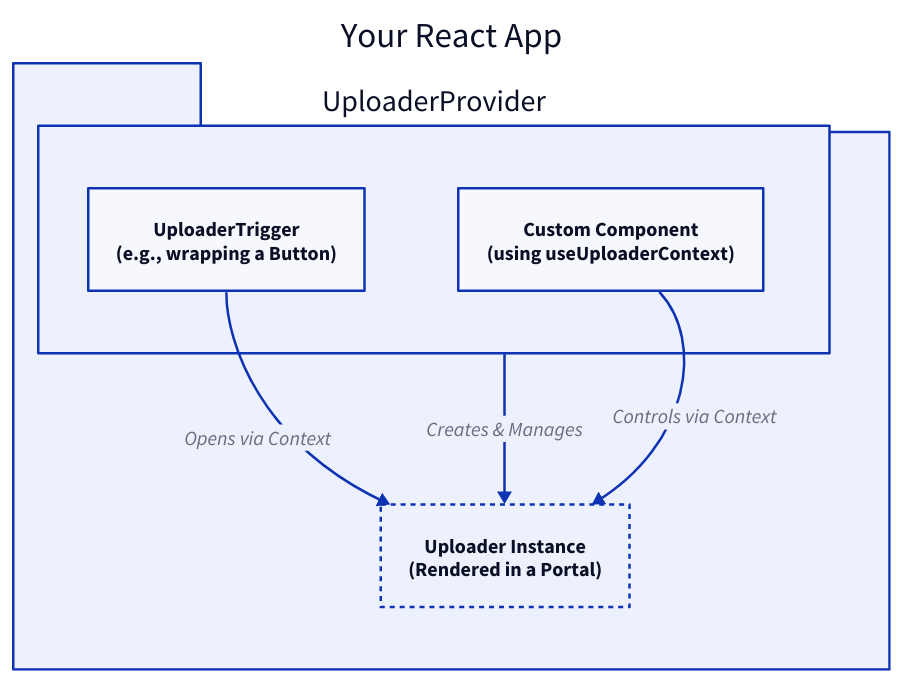
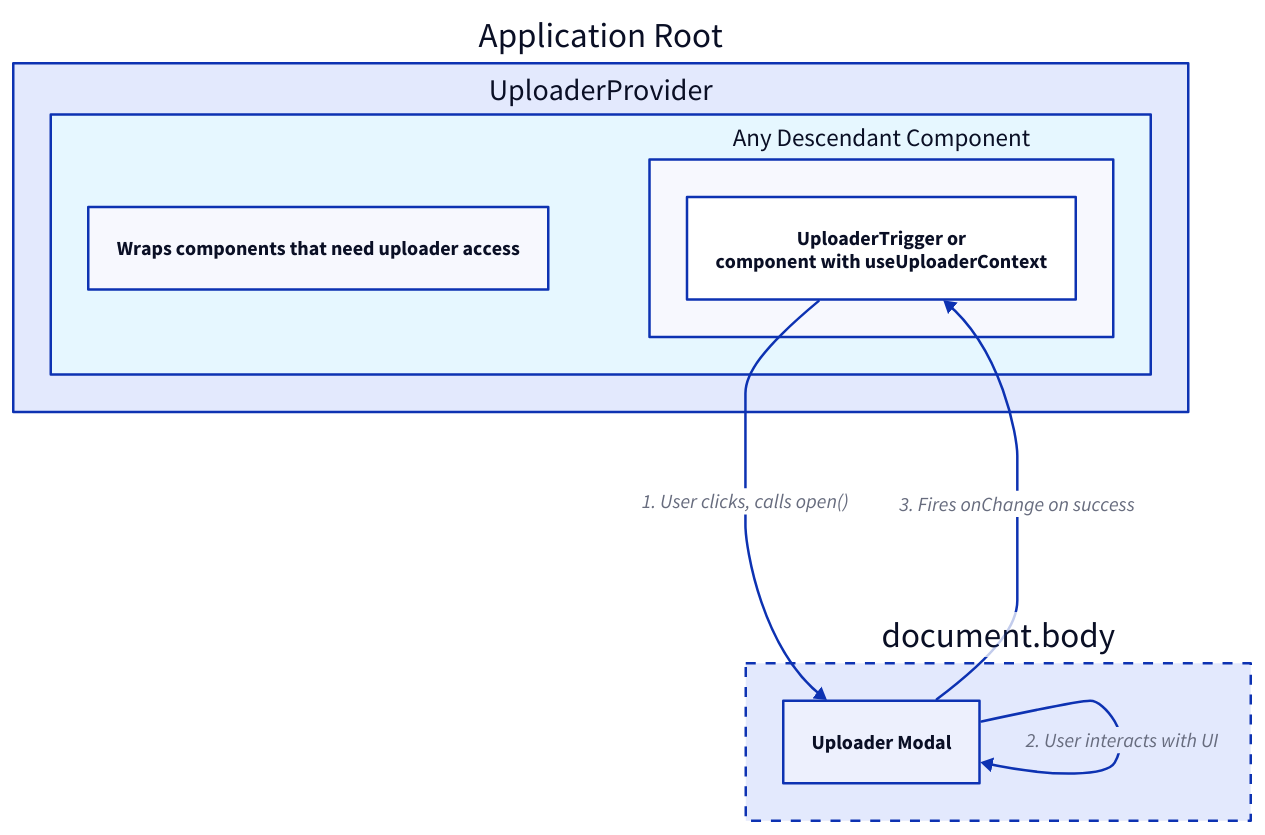
Before and after one commit to blocklet/media-kit: the diagram in .aigne/doc-smith/docs/api-reference-uploader-provider-hooks.md, drawn with D2. The commit also changed other lines of this file and 25 other files, not shown here.

````diff
--- a/.aigne/doc-smith/docs/api-reference-uploader-provider-hooks.md
+++ b/.aigne/doc-smith/docs/api-reference-uploader-provider-hooks.md
@@ -7,32 +11,39 @@
 ```d2
 direction: down
 
-"Your-React-App": {
-  shape: package
-  label: "Your React App"
+app-root: {
+  label: "Application Root"
+  shape: rectangle
 
-  "UploaderProvider": {
+  uploader-provider: {
+    label: "UploaderProvider"
     shape: rectangle
-    
-    "UploaderTrigger": {
-      shape: rectangle
-      label: "UploaderTrigger\n(e.g., wrapping a Button)"
-    }
-    
-    "Custom-Component": {
+    style.fill: "#e6f7ff"
+    "Wraps components that need uploader access"
+
+    some-component: {
+        label: "Any Descendant Component"
         shape: rectangle
-        label: "Custom Component\n(using useUploaderContext)"
+
+        uploader-trigger: {
+            label: "UploaderTrigger or\ncomponent with useUploaderContext"
+        }
     }
   }
+}
 
-  "Uploader-Instance": {
+portal-target: {
+  label: "document.body"
+  shape: rectangle
+  style.stroke-dash: 4
+
+  uploader-modal: {
+    label: "Uploader Modal"
     shape: rectangle
-    label: "Uploader Instance\n(Rendered in a Portal)"
-    style.stroke-dash: 2
   }
+}
 
-  "UploaderProvider" -> "Uploader-Instance": "Creates & Manages"
-  UploaderProvider.UploaderTrigger -> "Uploader-Instance": "Opens via Context"
-  UploaderProvider."Custom-Component" -> "Uploader-Instance": "Controls via Context"
-}
+app-root.uploader-provider.some-component.uploader-trigger -> portal-target.uploader-modal: "1. User clicks, calls open()"
+portal-target.uploader-modal -> portal-target.uploader-modal: "2. User interacts with UI"
+portal-target.uploader-modal -> app-root.uploader-provider.some-component.uploader-trigger: "3. Fires onChange on success"
 ```
````
